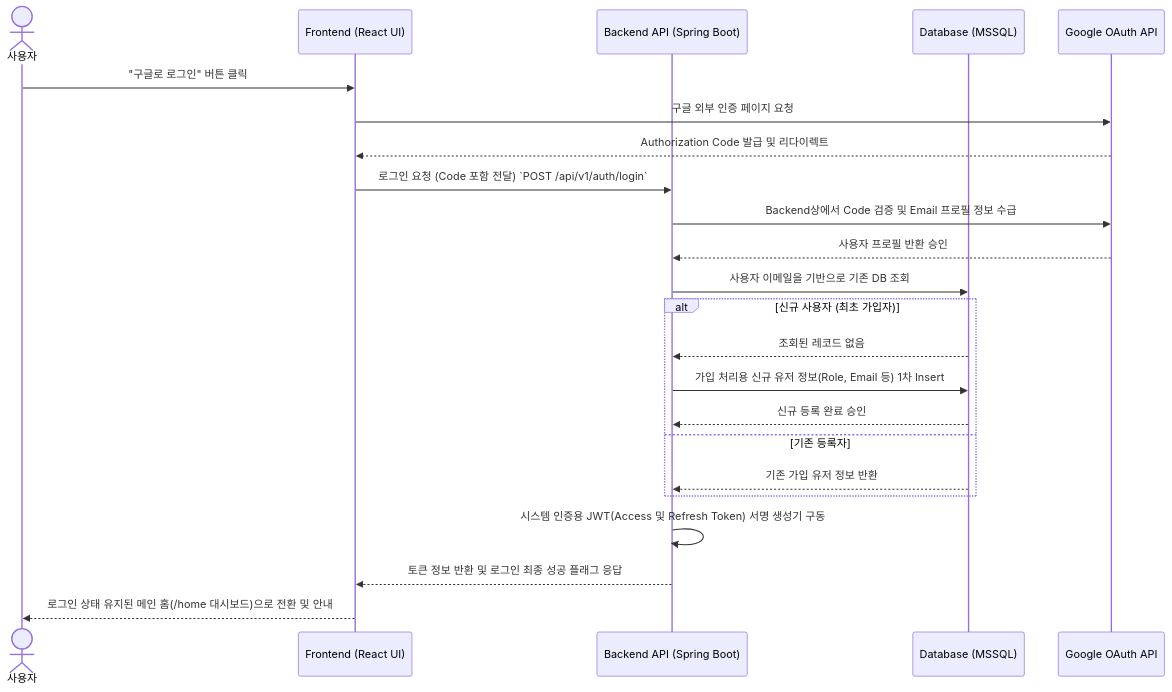
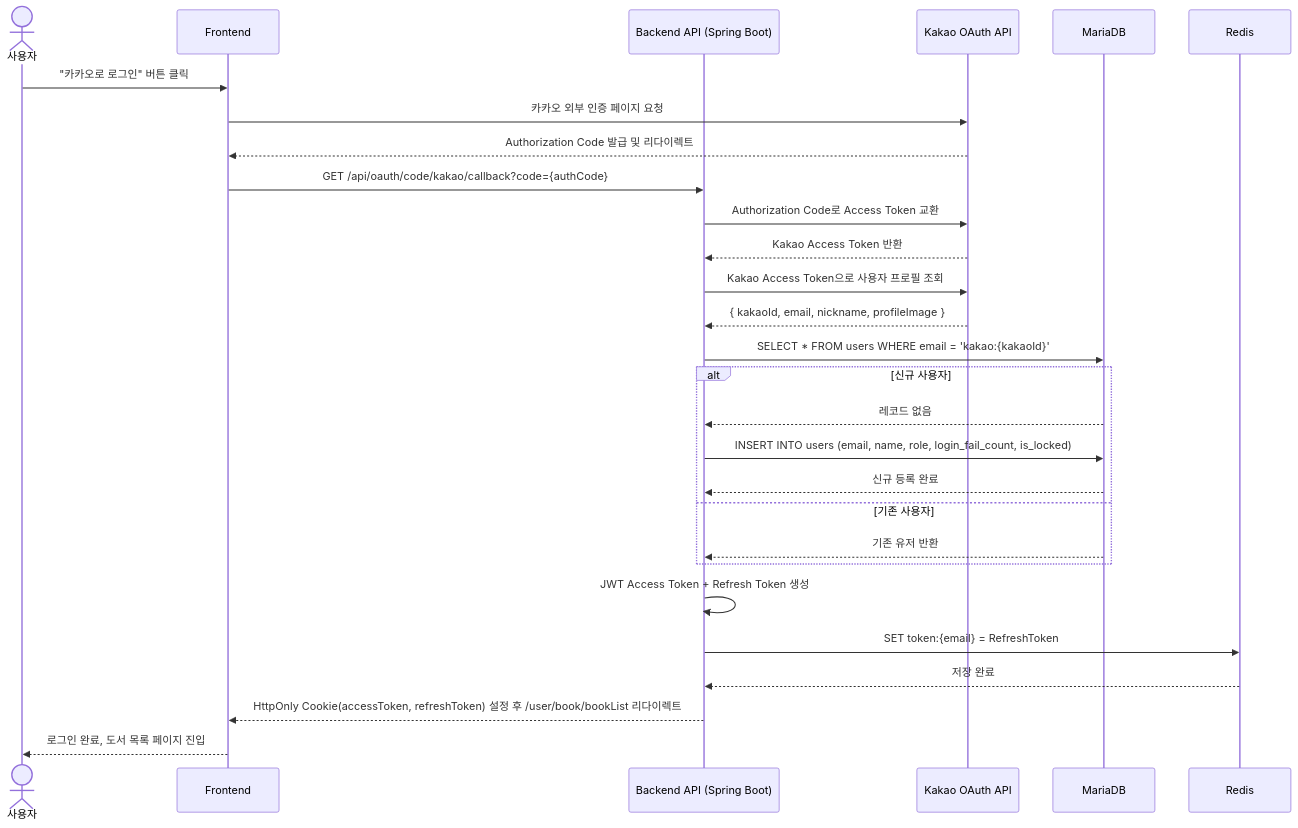
One commit to Boogieman-lab/book-management-system changed the third of 5 diagrams in docs/sequence-diagram/auth_sequence.md. Above: the diagram before and after it, drawn with Mermaid. The commit also changed other lines of this file and 2 other files, not shown here.

First line of the commit message:
docs: 회원가입/로그인 구현 반영하여 설계서 업데이트

````diff
--- a/docs/sequence-diagram/auth_sequence.md
+++ b/docs/sequence-diagram/auth_sequence.md
@@ -5,29 +91,36 @@
 ```mermaid
 sequenceDiagram
     actor User as 사용자
-    participant Client as Frontend (React UI)
+    participant Client as Frontend
     participant Server as Backend API (Spring Boot)
-    participant DB as Database (MSSQL)
-    participant OAuth as Google OAuth API
+    participant Kakao as Kakao OAuth API
+    participant DB as MariaDB
+    participant Redis as Redis
 
-    %% 회원가입 및 OAuth 로그인 흐름
-    User->>Client: "구글로 로그인" 버튼 클릭
-    Client->>OAuth: 구글 외부 인증 페이지 요청
-    OAuth-->>Client: Authorization Code 발급 및 리다이렉트
-    Client->>Server: 로그인 요청 (Code 포함 전달) `POST /api/v1/auth/login`
-    Server->>OAuth: Backend상에서 Code 검증 및 Email 프로필 정보 수급
-    OAuth-->>Server: 사용자 프로필 반환 승인
-    Server->>DB: 사용자 이메일을 기반으로 기존 DB 조회
-    
-    alt 신규 사용자 (최초 가입자)
-        DB-->>Server: 조회된 레코드 없음
-        Server->>DB: 가입 처리용 신규 유저 정보(Role, Email 등) 1차 Insert 
-        DB-->>Server: 신규 등록 완료 승인
-    else 기존 등록자
-        DB-->>Server: 기존 가입 유저 정보 반환
+    User->>Client: "카카오로 로그인" 버튼 클릭
+    Client->>Kakao: 카카오 외부 인증 페이지 요청
+    Kakao-->>Client: Authorization Code 발급 및 리다이렉트
+
+    Client->>Server: GET /api/oauth/code/kakao/callback?code={authCode}
+    Server->>Kakao: Authorization Code로 Access Token 교환
+    Kakao-->>Server: Kakao Access Token 반환
+    Server->>Kakao: Kakao Access Token으로 사용자 프로필 조회
+    Kakao-->>Server: { kakaoId, email, nickname, profileImage }
+
+    Server->>DB: SELECT * FROM users WHERE email = 'kakao:{kakaoId}'
+
+    alt 신규 사용자
+        DB-->>Server: 레코드 없음
+        Server->>DB: INSERT INTO users (email, name, role, login_fail_count, is_locked)
+        DB-->>Server: 신규 등록 완료
+    else 기존 사용자
+        DB-->>Server: 기존 유저 반환
     end
 
-    Server->>Server: 시스템 인증용 JWT(Access 및 Refresh Token) 서명 생성기 구동
-    Server-->>Client: 토큰 정보 반환 및 로그인 최종 성공 플래그 응답
-    Client-->>User: 로그인 상태 유지된 메인 홈(/home 대시보드)으로 전환 및 안내
+    Server->>Server: JWT Access Token + Refresh Token 생성
+    Server->>Redis: SET token:{email} = RefreshToken
+    Redis-->>Server: 저장 완료
+    Server-->>Client: HttpOnly Cookie(accessToken, refreshToken) 설정 후 /user/book/bookList 리다이렉트
+
+    Client-->>User: 로그인 완료, 도서 목록 페이지 진입
 ```
````
